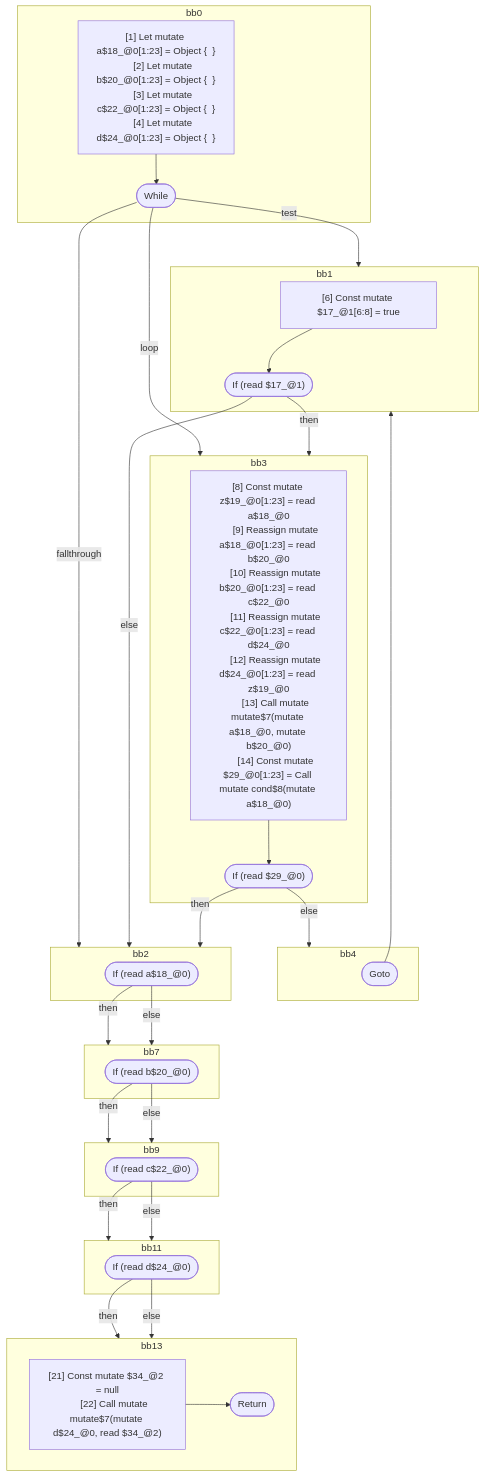
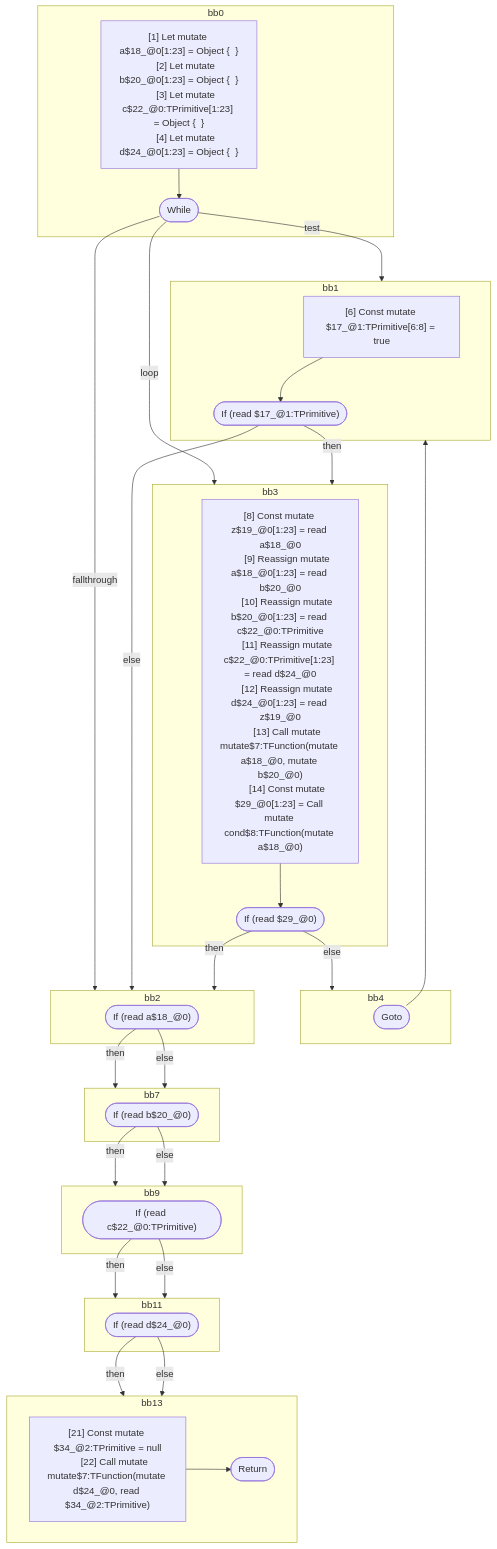
The third of 3 diagrams in compiler/forget/src/__tests__/fixtures/hir/mutable-lifetime-loops.expect.md (wutsmog/private), drawn with Mermaid before and after one commit. The commit also changed other lines of this file and 112 other files, not shown here.

````diff
--- a/compiler/forget/src/__tests__/fixtures/hir/mutable-lifetime-loops.expect.md
+++ b/compiler/forget/src/__tests__/fixtures/hir/mutable-lifetime-loops.expect.md
@@ -211,72 +211,72 @@
 ```mermaid
 flowchart TB
   %% Basic Blocks
   subgraph bb0
     bb0_instrs["
       [1] Let mutate a$18_@0[1:23] = Object {  }
       [2] Let mutate b$20_@0[1:23] = Object {  }
-      [3] Let mutate c$22_@0[1:23] = Object {  }
+      [3] Let mutate c$22_@0:TPrimitive[1:23] = Object {  }
       [4] Let mutate d$24_@0[1:23] = Object {  }
     "]
     bb0_instrs --> bb0_terminal(["While"])
   end
   subgraph bb1
     bb1_instrs["
-      [6] Const mutate $17_@1[6:8] = true
+      [6] Const mutate $17_@1:TPrimitive[6:8] = true
     "]
-    bb1_instrs --> bb1_terminal(["If (read $17_@1)"])
+    bb1_instrs --> bb1_terminal(["If (read $17_@1:TPrimitive)"])
   end
   subgraph bb3
     bb3_instrs["
       [8] Const mutate z$19_@0[1:23] = read a$18_@0
       [9] Reassign mutate a$18_@0[1:23] = read b$20_@0
-      [10] Reassign mutate b$20_@0[1:23] = read c$22_@0
-      [11] Reassign mutate c$22_@0[1:23] = read d$24_@0
+      [10] Reassign mutate b$20_@0[1:23] = read c$22_@0:TPrimitive
+      [11] Reassign mutate c$22_@0:TPrimitive[1:23] = read d$24_@0
       [12] Reassign mutate d$24_@0[1:23] = read z$19_@0
-      [13] Call mutate mutate$7(mutate a$18_@0, mutate b$20_@0)
-      [14] Const mutate $29_@0[1:23] = Call mutate cond$8(mutate a$18_@0)
+      [13] Call mutate mutate$7:TFunction(mutate a$18_@0, mutate b$20_@0)
+      [14] Const mutate $29_@0[1:23] = Call mutate cond$8:TFunction(mutate a$18_@0)
     "]
     bb3_instrs --> bb3_terminal(["If (read $29_@0)"])
   end
   subgraph bb4
     bb4_terminal(["Goto"])
   end
   subgraph bb2
     bb2_terminal(["If (read a$18_@0)"])
   end
   subgraph bb7
     bb7_terminal(["If (read b$20_@0)"])
   end
   subgraph bb9
-    bb9_terminal(["If (read c$22_@0)"])
+    bb9_terminal(["If (read c$22_@0:TPrimitive)"])
   end
   subgraph bb11
     bb11_terminal(["If (read d$24_@0)"])
   end
   subgraph bb13
     bb13_instrs["
-      [21] Const mutate $34_@2 = null
-      [22] Call mutate mutate$7(mutate d$24_@0, read $34_@2)
+      [21] Const mutate $34_@2:TPrimitive = null
+      [22] Call mutate mutate$7:TFunction(mutate d$24_@0, read $34_@2:TPrimitive)
     "]
     bb13_instrs --> bb13_terminal(["Return"])
   end
 
   %% Jumps
   bb0_terminal -- "test" --> bb1
   bb0_terminal -- "loop" --> bb3
   bb0_terminal -- "fallthrough" --> bb2
   bb1_terminal -- "then" --> bb3
   bb1_terminal -- "else" --> bb2
   bb3_terminal -- "then" --> bb2
   bb3_terminal -- "else" --> bb4
   bb4_terminal --> bb1
   bb2_terminal -- "then" --> bb7
   bb2_terminal -- "else" --> bb7
   bb7_terminal -- "then" --> bb9
   bb7_terminal -- "else" --> bb9
   bb9_terminal -- "then" --> bb11
   bb9_terminal -- "else" --> bb11
   bb11_terminal -- "then" --> bb13
   bb11_terminal -- "else" --> bb13
 
 ```
````
